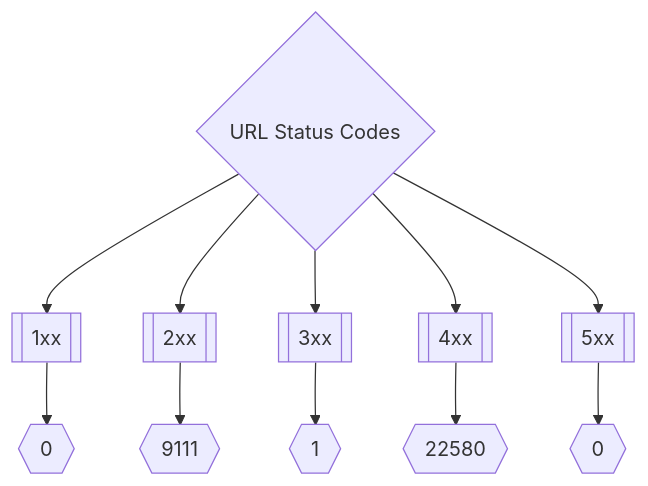
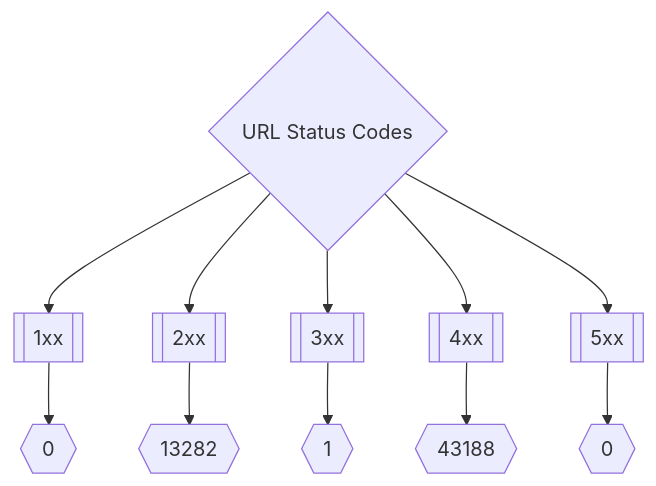
The second of 3 diagrams in README.md (trickest/inventory), drawn with Mermaid before and after one commit. The commit also changed other lines of this file, not shown here.

````diff
--- a/README.md
+++ b/README.md
@@ -173,8 +173,8 @@
 ```mermaid
 graph TD
 title{URL Status Codes} --> 1xx[[1xx]] --> status1xxNum{{0}}
-title --> 2xx[[2xx]] --> status2xxNum{{9111}}
+title --> 2xx[[2xx]] --> status2xxNum{{13282}}
 title --> 3xx[[3xx]] --> status3xxNum{{1}}
-title --> 4xx[[4xx]] --> status4xxNum{{22580}}
+title --> 4xx[[4xx]] --> status4xxNum{{43188}}
 title --> 5xx[[5xx]] --> status5xxNum{{0}}
 ```
````
